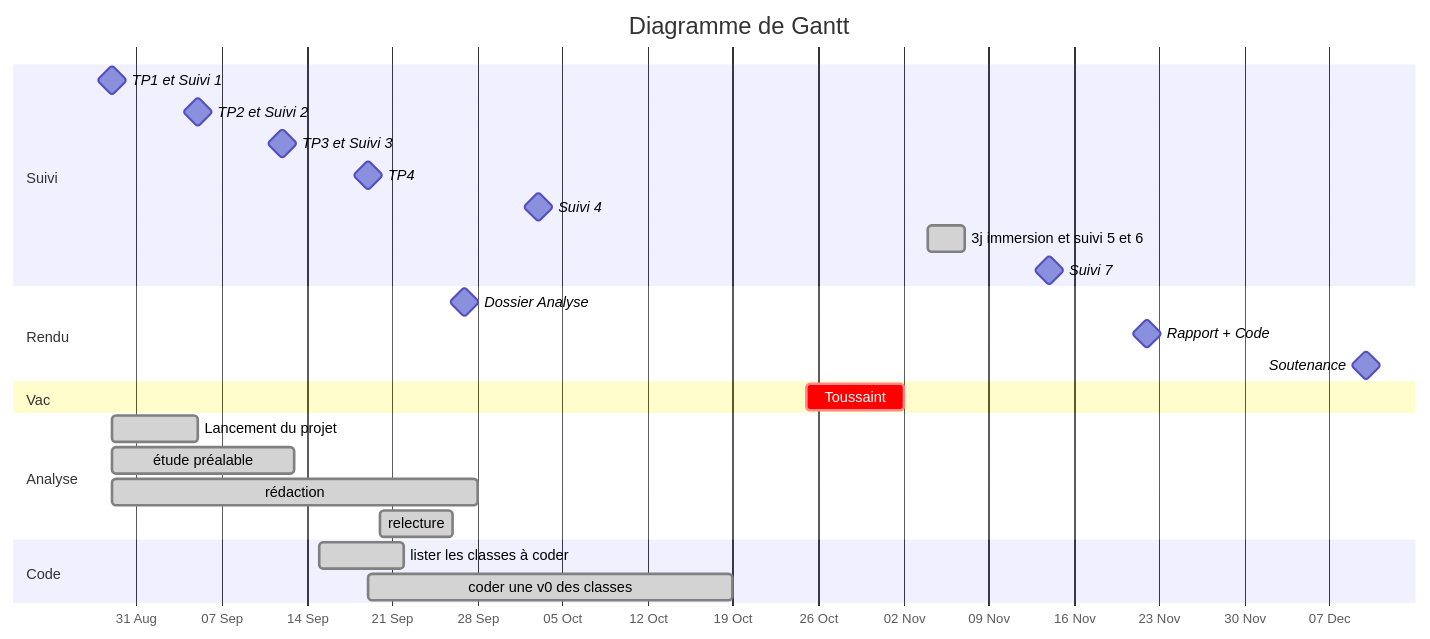
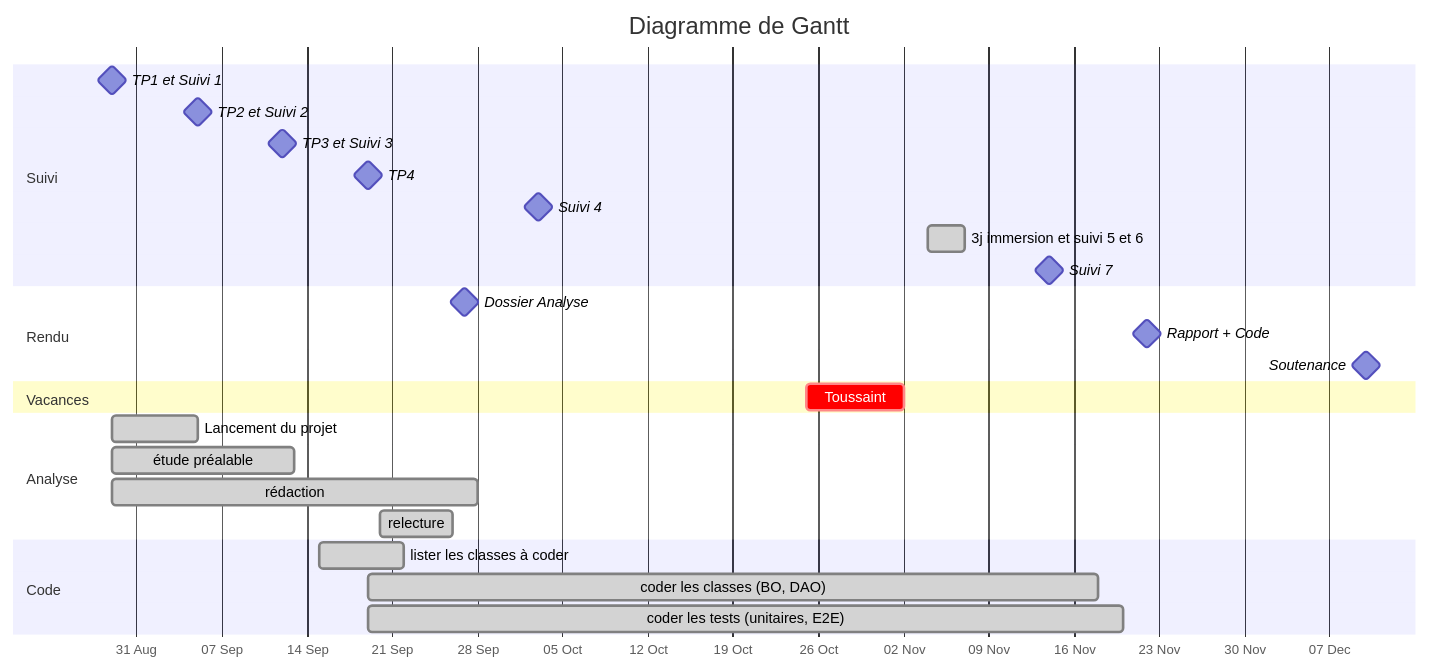
One commit to tomdtd/ENSAI-2A-projet-info-Albane-Tom-Neville-Floraline changed the diagram in doc/suivi.md. Above: the diagram before and after it, drawn with Mermaid. The commit also changed other lines of this file, not shown here.

Commit message:
update diagramme de Gantt

````diff
--- a/doc/suivi.md
+++ b/doc/suivi.md
@@ -16,35 +16,36 @@
 ```mermaid
 gantt
     %% doc : https://mermaid-js.github.io/mermaid/#/./gantt
     dateFormat  YYYY-MM-DD
     axisFormat  %d %b
     title       Diagramme de Gantt
     %%excludes  YYYY-MM-DD and/or sunday and/or weekends 
      
     section Suivi
     TP1 et Suivi 1               :milestone, 2025-08-29,
     TP2 et Suivi 2               :milestone, 2025-09-05,
     TP3 et Suivi 3               :milestone, 2025-09-12,
     TP4                          :milestone, 2025-09-19,
     Suivi 4                      :milestone, 2025-10-03,
     3j immersion et suivi 5 et 6 :done,    2025-11-04, 3d
     Suivi 7                      :milestone, 2025-11-14,
     
     section Rendu
     Dossier Analyse              :milestone, 2025-09-27,
     Rapport + Code               :milestone, 2025-11-22,
     Soutenance                   :milestone, 2025-12-10,
     
-    section Vac
+    section Vacances
     Toussaint                    :crit,    2025-10-25, 2025-11-02
     
     section Analyse
     Lancement du projet          :done,      2025-08-29, 7d
     étude préalable              :done,    2025-08-29, 15d
     rédaction                    :done,    2025-08-29, 30d
     relecture                    :done,    2025-09-20, 6d
     
     section Code
     lister les classes à coder   :done,    2025-09-15, 7d
-    coder une v0 des classes     :done,    2025-09-19, 30d
+    coder les classes (BO, DAO)    :done,    2025-09-19, 60d
+    coder les tests (unitaires, E2E)    :done,    2025-09-19, 62d
 ```
````
